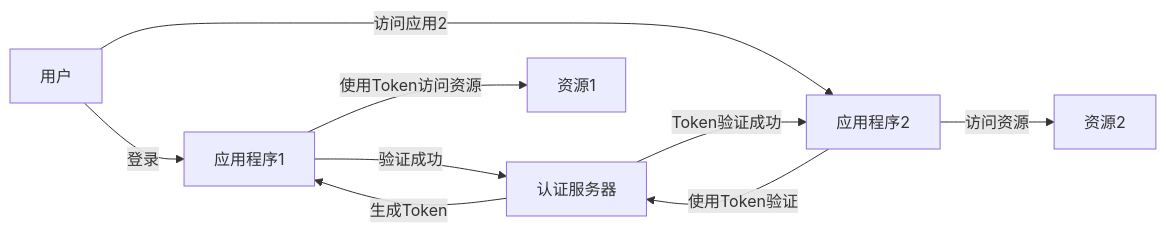
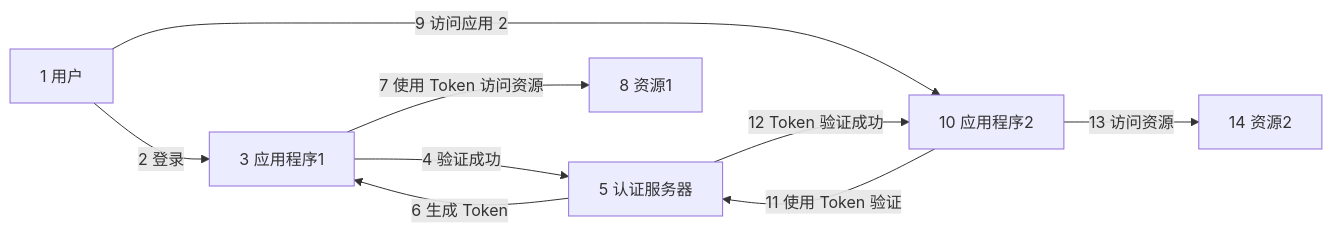
The third of 4 diagrams in System Design/四种常见的身份认证与授权机制的原理及适用场景.md (uwspstar/20-Day-Challenge-List), drawn with Mermaid before and after one commit. The commit also changed other lines of this file, not shown here.

````diff
--- a/System Design/四种常见的身份认证与授权机制的原理及适用场景.md
+++ b/System Design/四种常见的身份认证与授权机制的原理及适用场景.md
@@ -39,11 +39,12 @@
 ```mermaid
 flowchart LR
-    Client[用户] -->|登录| App1[应用程序1]
-    App1 -->|验证成功| AuthServer[认证服务器]
-    AuthServer -->|生成Token| App1
-    App1 -->|使用Token访问资源| Resource1[资源1]
-    Client -->|访问应用2| App2[应用程序2]
-    App2 -->|使用Token验证| AuthServer
-    AuthServer -->|Token验证成功| App2
-    App2 -->|访问资源| Resource2[资源2]
+    Client[1 用户] -->|2 登录| App1[3 应用程序1]
+    App1 -->|4 验证成功| AuthServer[5 认证服务器]
+    AuthServer -->|6 生成 Token| App1
+    App1 -->|7 使用 Token 访问资源| Resource1[8 资源1]
+    Client -->|9 访问应用 2| App2[10 应用程序2]
+    App2 -->|11 使用 Token 验证| AuthServer
+    AuthServer -->|12 Token 验证成功| App2
+    App2 -->|13 访问资源| Resource2[14 资源2]
+
 ```
````
